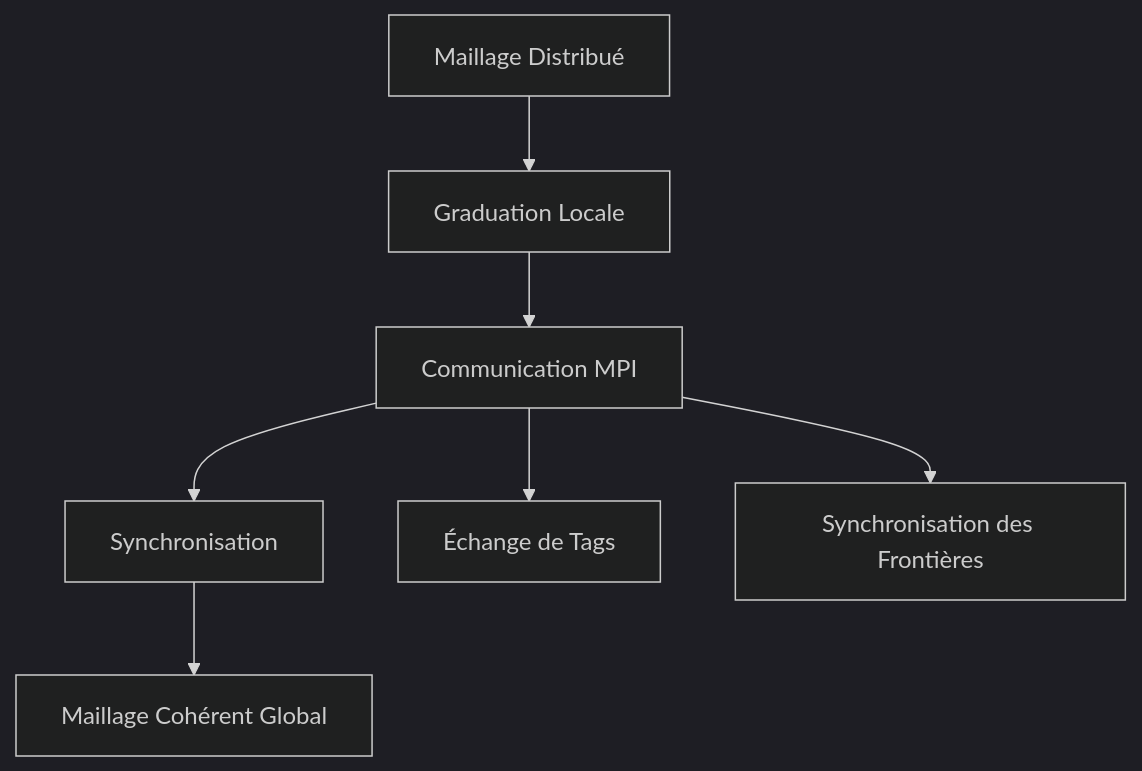
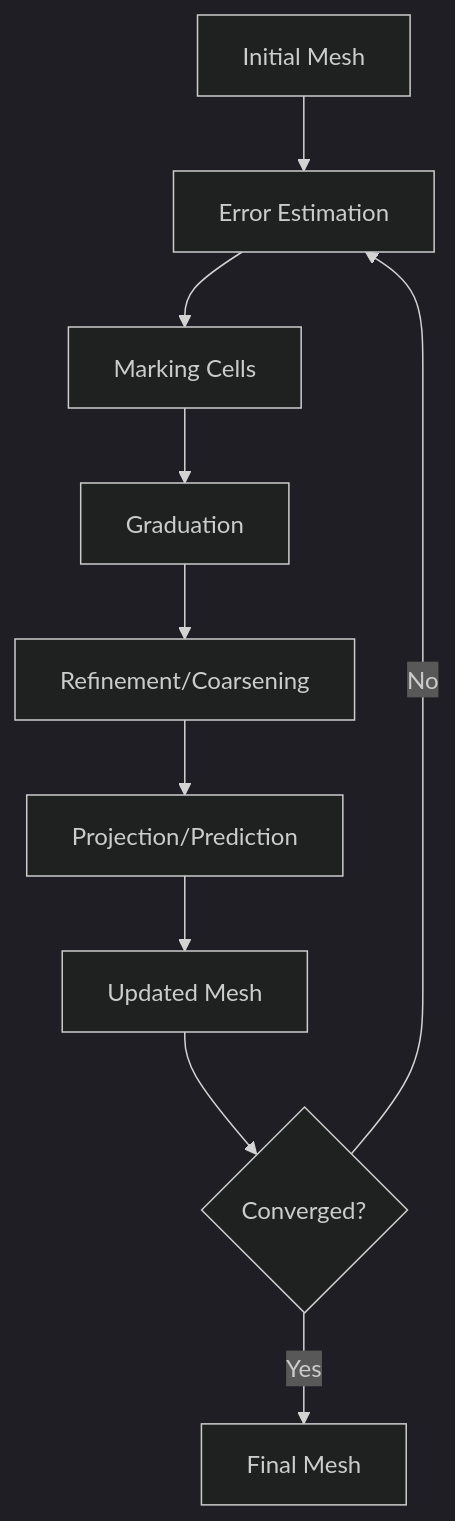
One commit to sbstndb/samurai changed the seventh of 7 diagrams in docs/graduation_algorithm.md. Above: the diagram before and after it, drawn with Mermaid (dark theme). The commit also changed other lines of this file and 8 other files, not shown here.

````diff
--- a/docs/graduation_algorithm.md
+++ b/docs/graduation_algorithm.md
@@ -467,10 +295,12 @@
 ```mermaid
 graph TD
-    A[Maillage Distribué] --> B[Graduation Locale]
-    B --> C[Communication MPI]
-    C --> D[Synchronisation]
-    D --> E[Maillage Cohérent Global]
-    
-    C --> C1[Échange de Tags]
-    C --> C2[Synchronisation des Frontières]
+    A[Initial Mesh] --> B[Error Estimation]
+    B --> C[Marking Cells]
+    C --> D[Graduation]
+    D --> E[Refinement/Coarsening]
+    E --> F[Projection/Prediction]
+    F --> G[Updated Mesh]
+    G --> H{Converged?}
+    H -->|No| B
+    H -->|Yes| I[Final Mesh]
 ```
````
